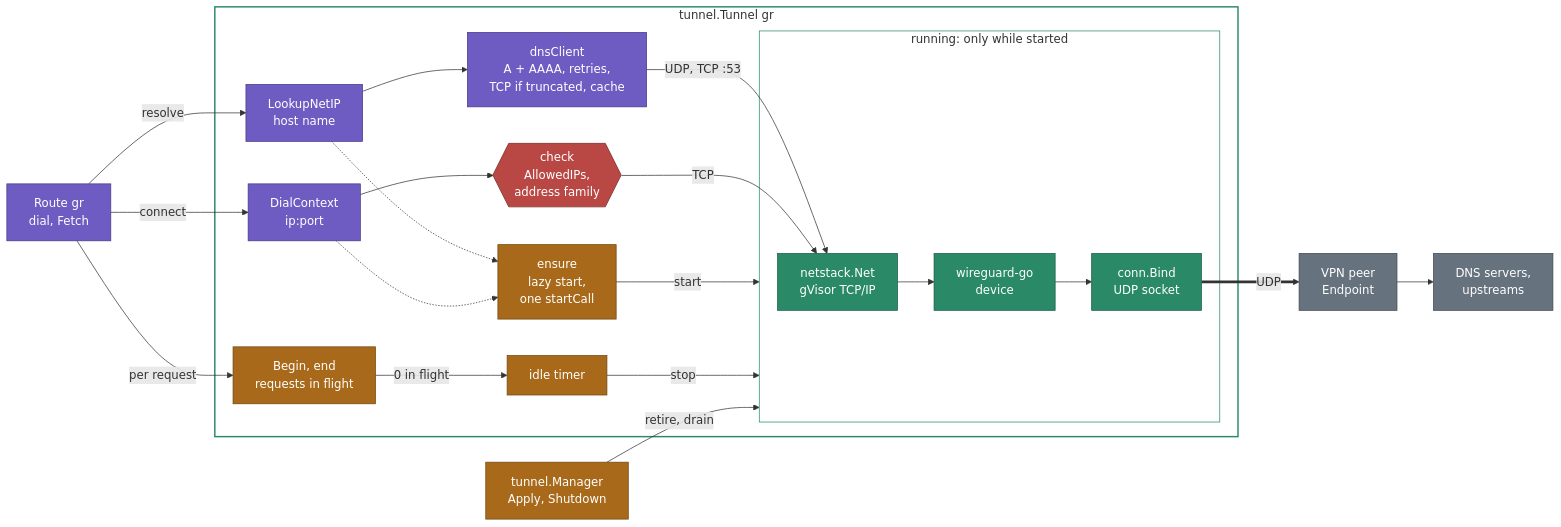
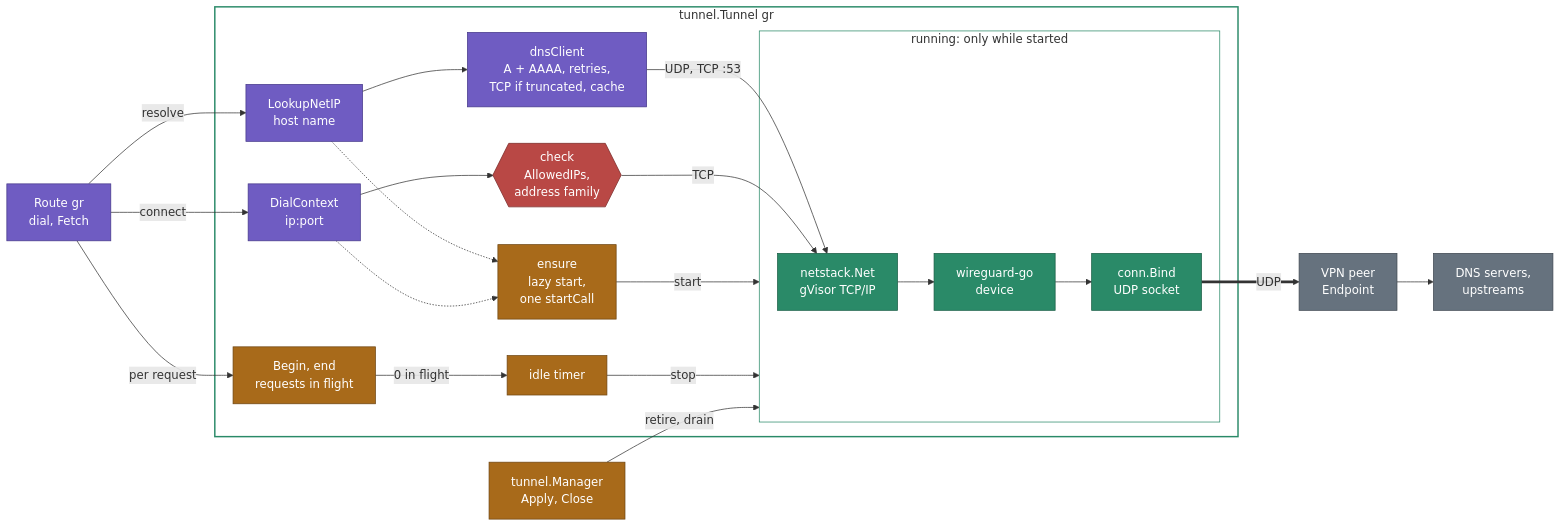
Before and after one commit to KingOfKalk/wg-stream-proxy: diagram 13 of 18 in docs/architecture.md, drawn with Mermaid. The commit also changed other lines of this file and 11 other files, not shown here.

Commit message:
refactor(tunnel): remove Manager.Drain and Manager.Shutdown

````diff
--- a/docs/architecture.md
+++ b/docs/architecture.md
@@ -718,43 +718,43 @@
 ```mermaid
 flowchart LR
     route["Route gr<br/>dial, Fetch"]:::proxy
 
     subgraph tun["tunnel.Tunnel gr"]
         look["LookupNetIP<br/>host name"]:::proxy
         dialc["DialContext<br/>ip:port"]:::proxy
         dns["dnsClient<br/>A + AAAA, retries,<br/>TCP if truncated, cache"]:::proxy
         chk{{"check<br/>AllowedIPs,<br/>address family"}}:::guard
         act["Begin, end<br/>requests in flight"]:::ctl
         ens["ensure<br/>lazy start,<br/>one startCall"]:::ctl
         idle["idle timer"]:::ctl
         subgraph run["running: only while started"]
             ns["netstack.Net<br/>gVisor TCP/IP"]:::tunnel
             dev["wireguard-go<br/>device"]:::tunnel
             bind["conn.Bind<br/>UDP socket"]:::tunnel
         end
     end
-    mgr["tunnel.Manager<br/>Apply, Shutdown"]:::ctl
+    mgr["tunnel.Manager<br/>Apply, Close"]:::ctl
     peer["VPN peer<br/>Endpoint"]:::inet
     up["DNS servers,<br/>upstreams"]:::inet
 
     route -- "resolve" --> look --> dns
     route -- "connect" --> dialc --> chk
     dns -- "UDP, TCP :53" --> ns
     chk -- "TCP" --> ns
     ns --> dev --> bind
     bind == "UDP" ==> peer --> up
     route -- "per request" --> act
     act -- "0 in flight" --> idle
     look & dialc -.-> ens
     ens -- "start" --> run
     idle -- "stop" --> run
     mgr -- "retire, drain" --> run
 
     classDef proxy fill:#6f5cc2,stroke:#46398a,color:#ffffff
     classDef tunnel fill:#2a8a68,stroke:#1a5e46,color:#ffffff
     classDef ctl fill:#a86a1a,stroke:#6e4511,color:#ffffff
     classDef inet fill:#66727e,stroke:#3f4851,color:#ffffff
     classDef guard fill:#b94845,stroke:#7a2c2a,color:#ffffff
     style tun fill:none,stroke:#2a8a68,stroke-width:2px
     style run fill:none,stroke:#2a8a68,stroke-width:1px
 ```
````
